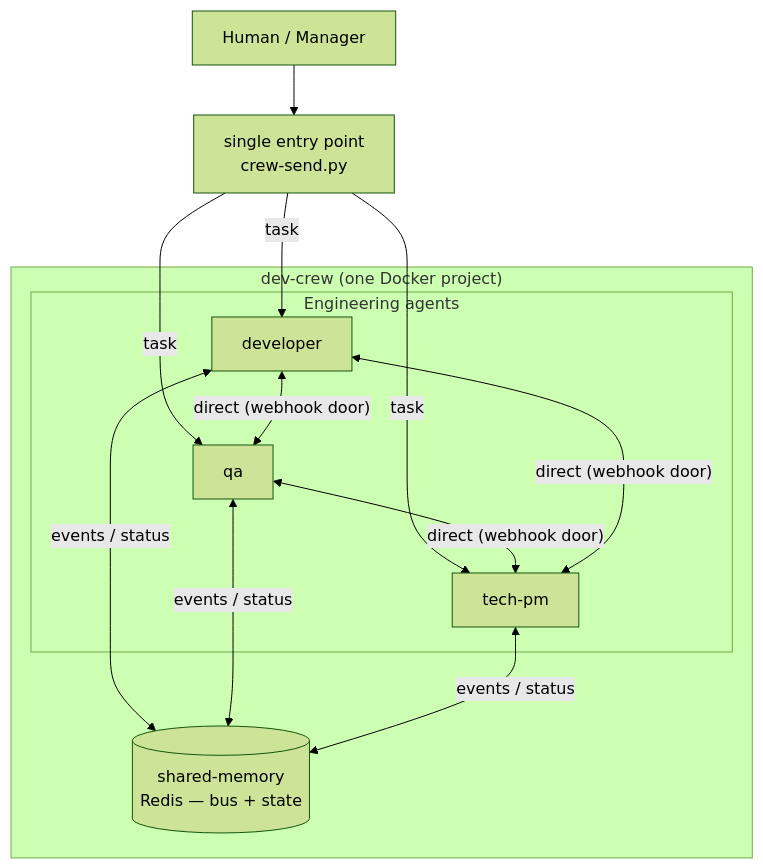
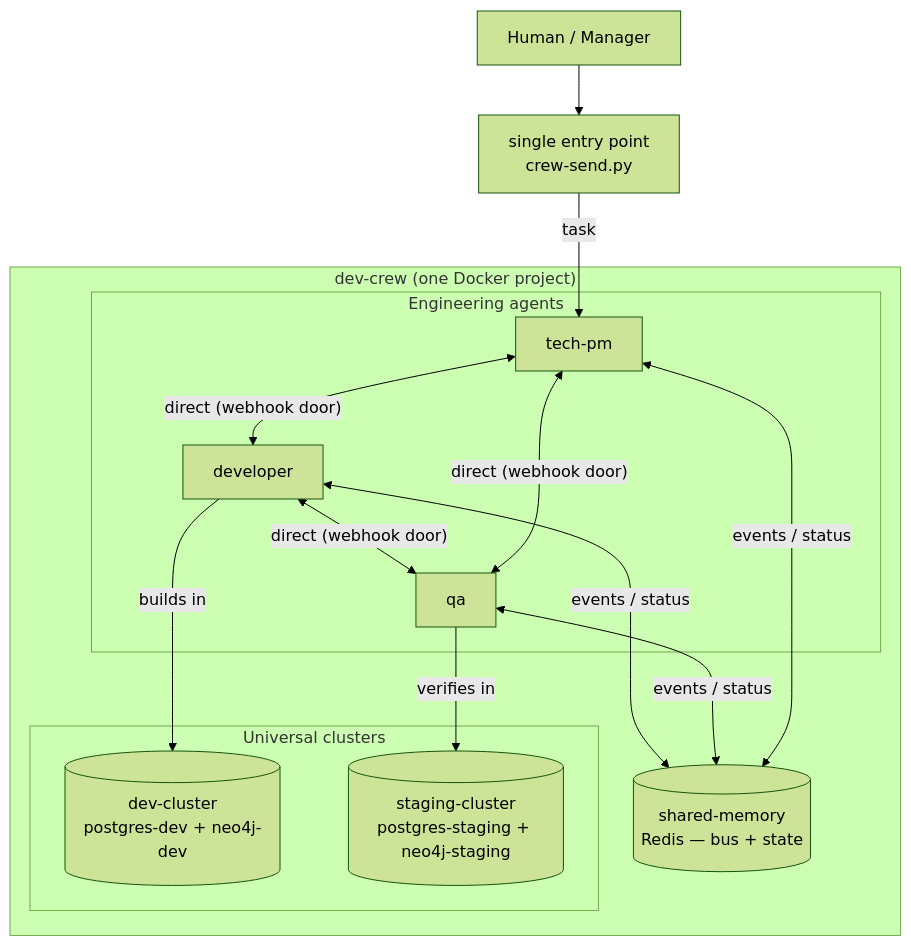
Before and after one commit to camorazrushimoe/dev-crew: the diagram in docs/architecture.md, drawn with Mermaid (forest theme). The commit also changed other lines of this file and 8 other files, not shown here.

First line of the commit message:
feat(factory): universal dev/staging clusters + planning gate

````diff
--- a/docs/architecture.md
+++ b/docs/architecture.md
@@ -10,25 +10,30 @@
 ```mermaid
 flowchart TB
     M["Human / Manager"] --> E["single entry point<br/>crew-send.py"]
 
     subgraph Team["dev-crew (one Docker project)"]
         subgraph Agents["Engineering agents"]
             D["developer"]
             Q["qa"]
             T["tech-pm"]
         end
         B[("shared-memory<br/>Redis — bus + state")]
+        subgraph Clusters["Universal clusters"]
+            DC[("dev-cluster<br/>postgres-dev + neo4j-dev")]
+            SC[("staging-cluster<br/>postgres-staging + neo4j-staging")]
+        end
     end
 
-    E -->|"task"| D
-    E -->|"task"| Q
     E -->|"task"| T
 
     D <-->|"direct (webhook door)"| Q
     Q <-->|"direct (webhook door)"| T
     T <-->|"direct (webhook door)"| D
 
     D <-->|"events / status"| B
     Q <-->|"events / status"| B
     T <-->|"events / status"| B
+
+    D -->|"builds in"| DC
+    Q -->|"verifies in"| SC
 ```
````
